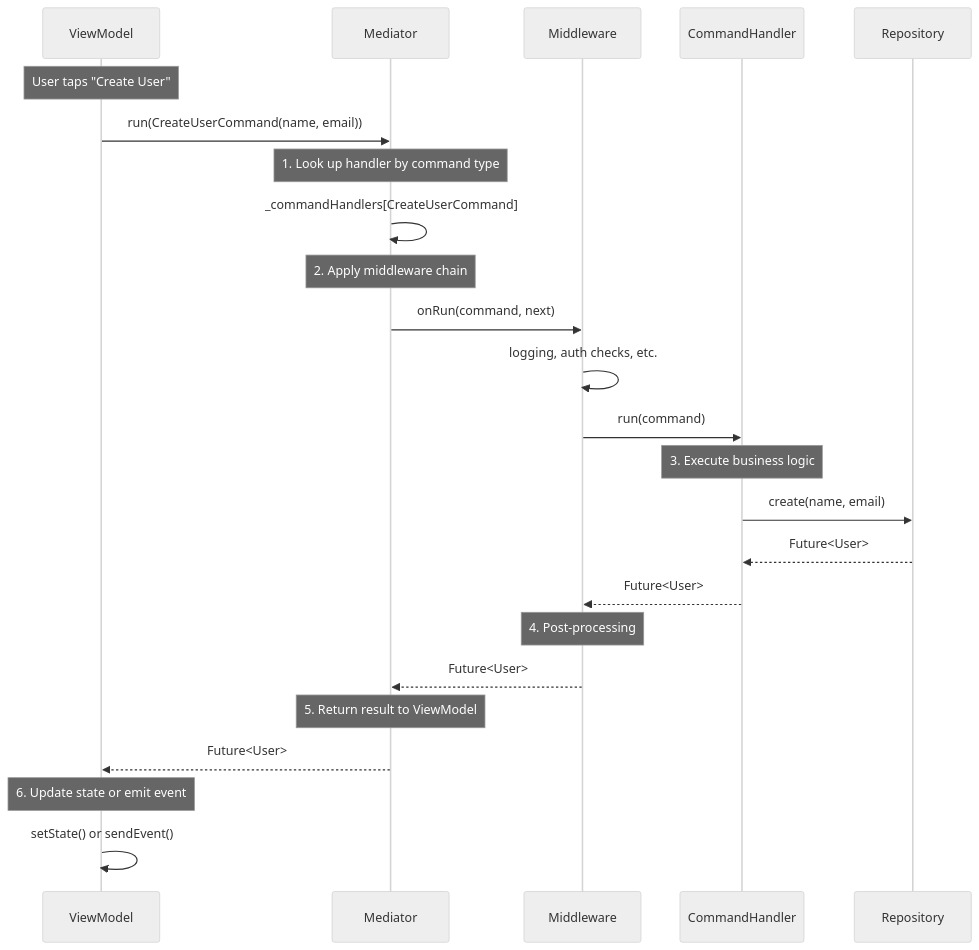
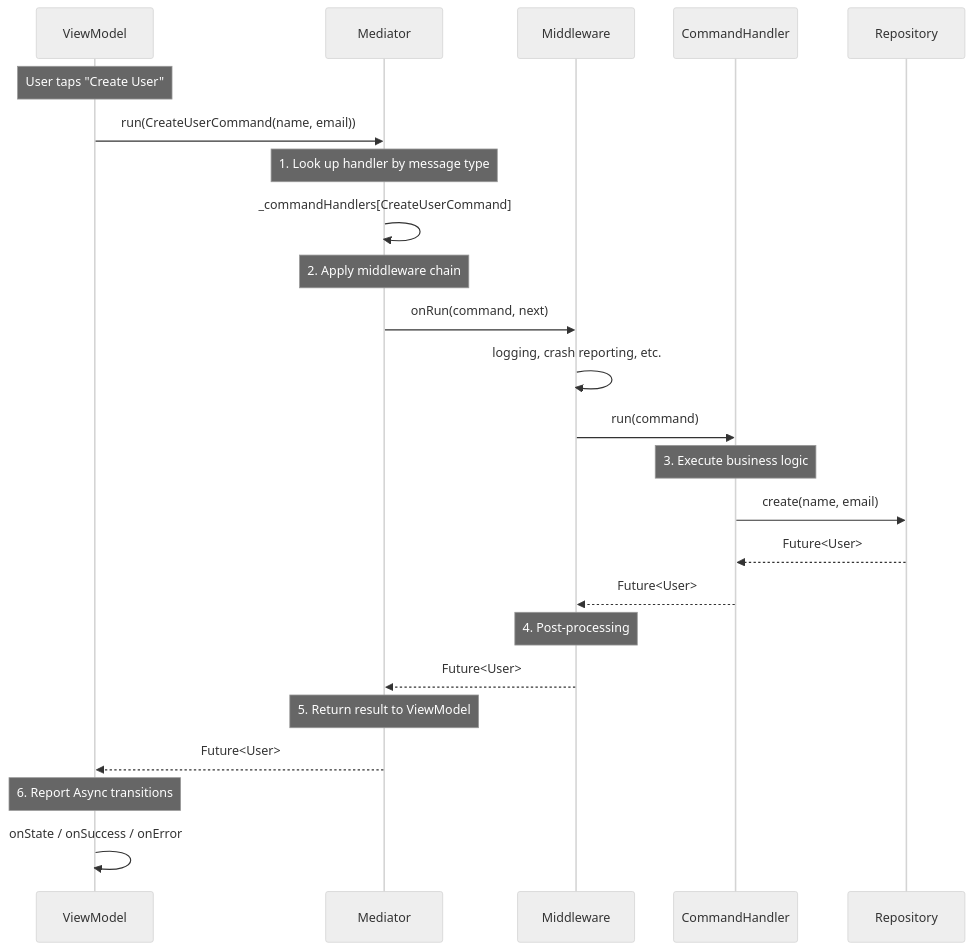
The second of 2 diagrams in docs/01_core_architecture.md (pierremrtn/chassis), drawn with Mermaid (neutral theme) before and after one commit. The commit also changed other lines of this file and 13 other files, not shown here.

````diff
--- a/docs/01_core_architecture.md
+++ b/docs/01_core_architecture.md
@@ -195,35 +216,35 @@
 ```mermaid
 sequenceDiagram
     participant VM as ViewModel
     participant M as Mediator
     participant MW as Middleware
     participant H as CommandHandler
     participant R as Repository
 
     Note over VM: User taps "Create User"
 
     VM->>M: run(CreateUserCommand(name, email))
 
-    Note over M: 1. Look up handler by command type
+    Note over M: 1. Look up handler by message type
     M->>M: _commandHandlers[CreateUserCommand]
 
     Note over M: 2. Apply middleware chain
     M->>MW: onRun(command, next)
-    MW->>MW: logging, auth checks, etc.
+    MW->>MW: logging, crash reporting, etc.
 
     MW->>H: run(command)
 
     Note over H: 3. Execute business logic
     H->>R: create(name, email)
     R-->>H: Future<User>
     H-->>MW: Future<User>
 
     Note over MW: 4. Post-processing
     MW-->>M: Future<User>
 
     Note over M: 5. Return result to ViewModel
     M-->>VM: Future<User>
 
-    Note over VM: 6. Update state or emit event
-    VM->>VM: setState() or sendEvent()
+    Note over VM: 6. Report Async transitions
+    VM->>VM: onState / onSuccess / onError
 ```
````
